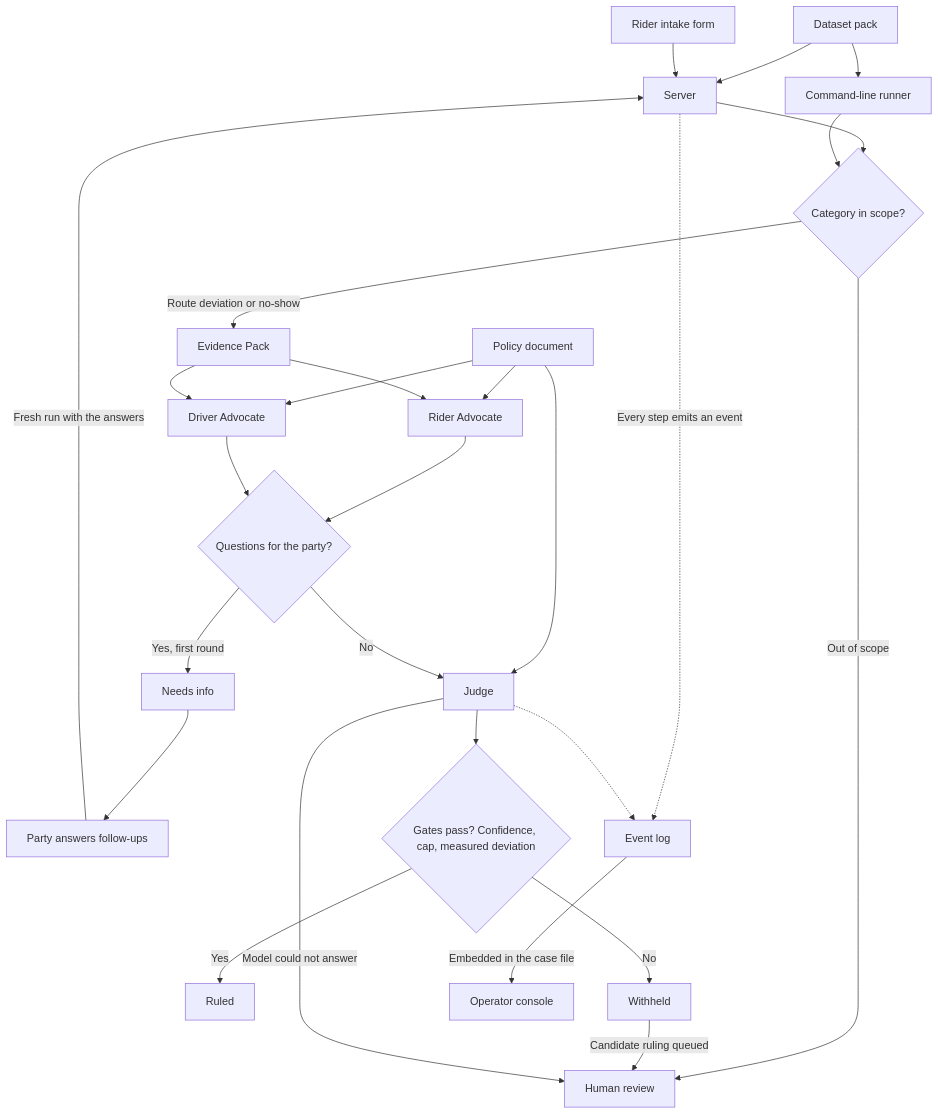
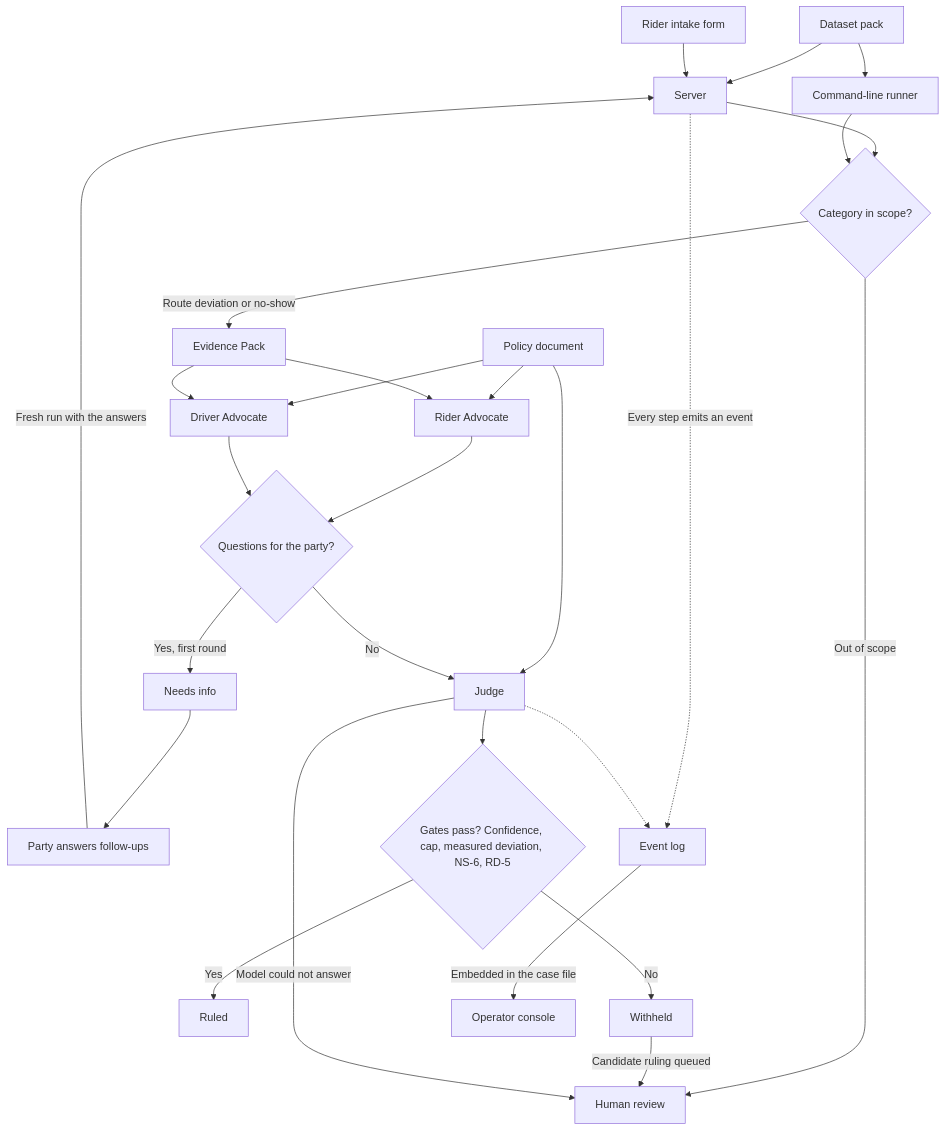
Before and after one commit to hermicaduceus/ryde-dispute-resolution-submission: the diagram in README.md, drawn with Mermaid. The commit also changed other lines of this file and 2 other files, not shown here.

First line of the commit message:
Session nineteen W22: README truth, eight gates in the architecture doc, dataset eval notes

````diff
--- a/README.md
+++ b/README.md
@@ -38,29 +39,29 @@
 ```mermaid
 flowchart TD
     PACK["Dataset pack"] --> B["Server"]
     PACK --> CL["Command-line runner"]
     A["Rider intake form"] --> B
     B --> C{"Category in scope?"}
     CL --> C
     C -- "Out of scope" --> H["Human review"]
     C -- "Route deviation or no-show" --> E["Evidence Pack"]
     POL["Policy document"] --> RA["Rider Advocate"]
     POL --> DA["Driver Advocate"]
     POL --> J["Judge"]
     E --> RA
     E --> DA
     RA --> S{"Questions for the party?"}
     DA --> S
     S -- "Yes, first round" --> O4["Needs info"]
     O4 --> PA["Party answers follow-ups"]
     PA -- "Fresh run with the answers" --> B
     S -- "No" --> J
-    J --> G{"Gates pass? Confidence, cap, measured deviation"}
+    J --> G{"Gates pass? Confidence, cap, measured deviation, NS-6, RD-5"}
     G -- "Yes" --> O1["Ruled"]
     G -- "No" --> O2["Withheld"]
     O2 -- "Candidate ruling queued" --> H
     J -- "Model could not answer" --> H
     B -. "Every step emits an event" .-> L["Event log"]
     J -.-> L
     L -- "Embedded in the case file" --> K["Operator console"]
 ```
````
